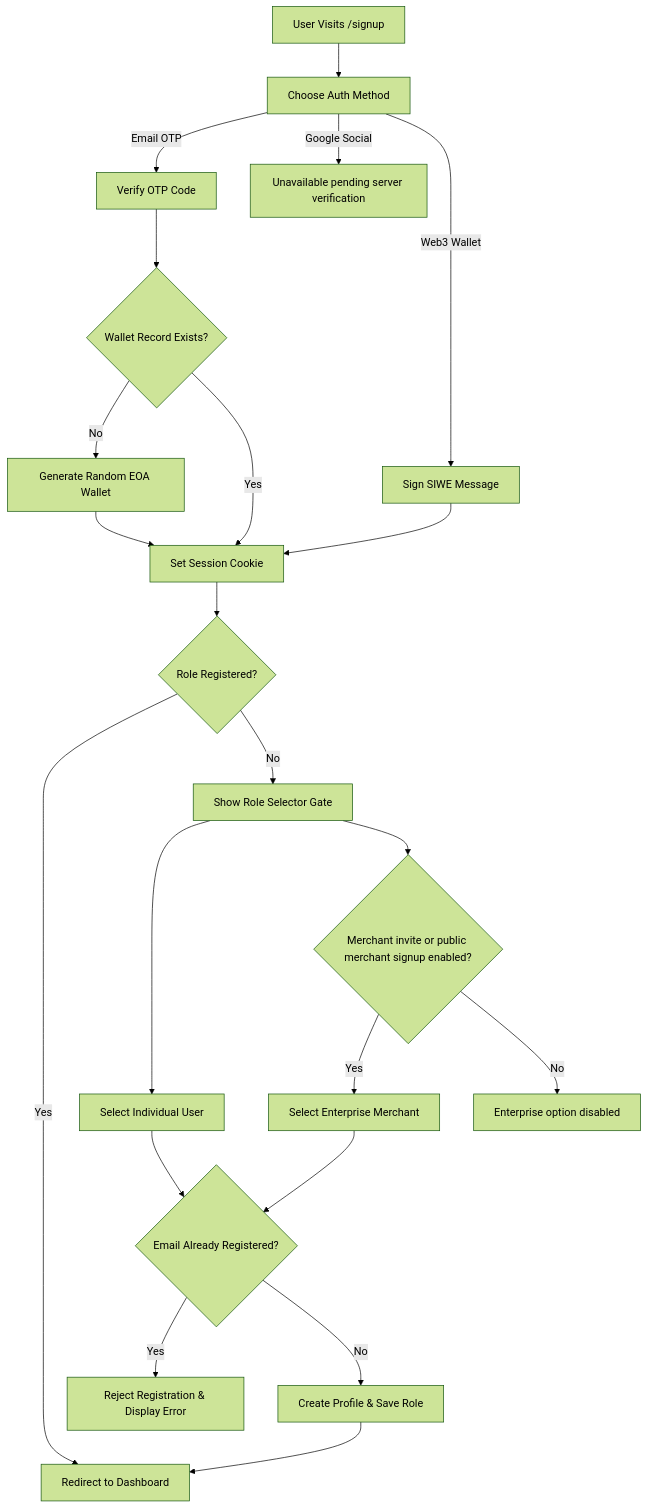
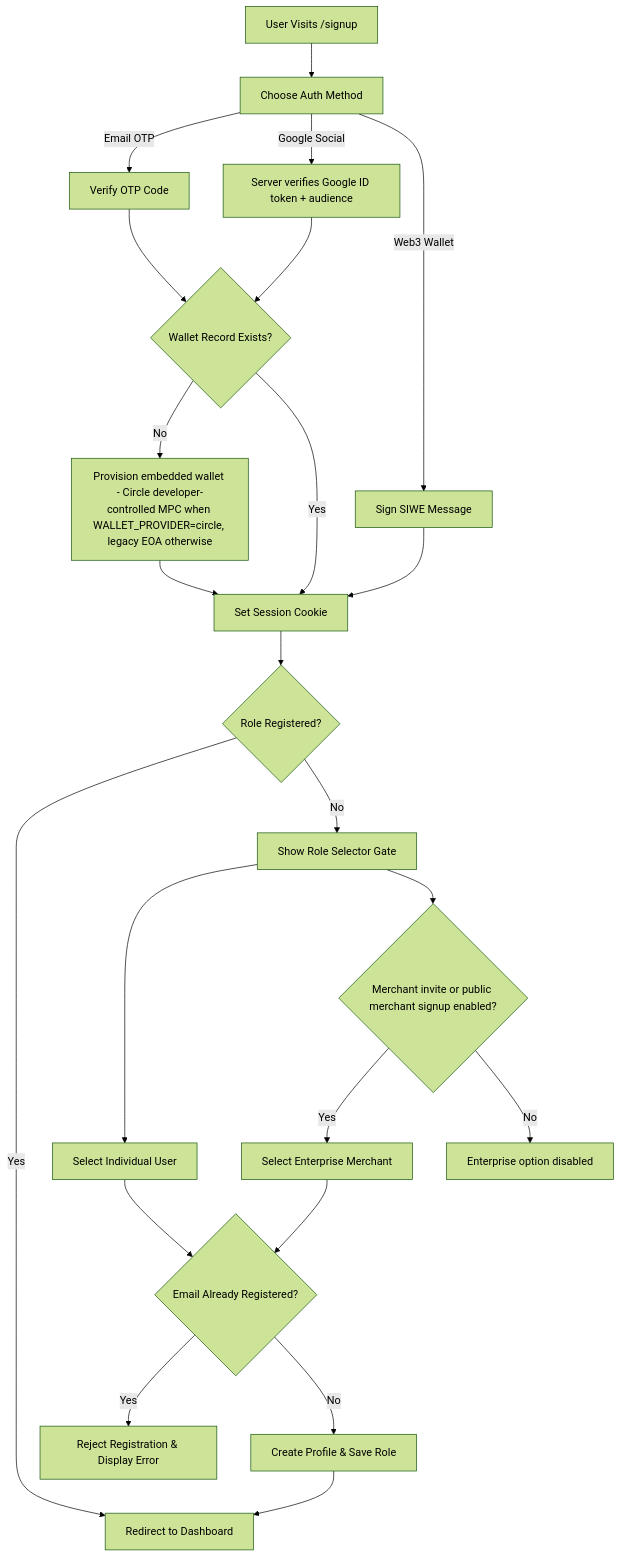
One commit to KristienOWeb3/SubScript changed the diagram in docs/ONBOARDING.md. Above: the diagram before and after it, drawn with Mermaid (forest theme). The commit also changed 17 other files, not shown here.

````diff
--- a/docs/ONBOARDING.md
+++ b/docs/ONBOARDING.md
@@ -45,28 +45,29 @@
 ```mermaid
 graph TD
     Start[User Visits /signup] --> Select[Choose Auth Method]
     Select -->|Email OTP| VerifyOTP[Verify OTP Code]
-    Select -->|Google Social| GooglePaused[Unavailable pending server verification]
+    Select -->|Google Social| VerifyGoogle[Server verifies Google ID token + audience]
     Select -->|Web3 Wallet| SignSIWE[Sign SIWE Message]
     
     VerifyOTP --> checkWallet{Wallet Record Exists?}
-    checkWallet -->|No| CreateWallet[Generate Random EOA Wallet]
+    VerifyGoogle --> checkWallet
+    checkWallet -->|No| CreateWallet[Provision embedded wallet - Circle developer-controlled MPC when WALLET_PROVIDER=circle, legacy EOA otherwise]
     checkWallet -->|Yes| SetSession[Set Session Cookie]
     CreateWallet --> SetSession
     SignSIWE --> SetSession
     
     SetSession --> RoleCheck{Role Registered?}
     RoleCheck -->|Yes| RedirectDash[Redirect to Dashboard]
     RoleCheck -->|No| ShowSelector[Show Role Selector Gate]
     
     ShowSelector --> SelectRole[Select Individual User]
     ShowSelector --> MerchantInvite{Merchant invite or public merchant signup enabled?}
     MerchantInvite -->|Yes| SelectMerchant[Select Enterprise Merchant]
     MerchantInvite -->|No| UserOnly[Enterprise option disabled]
     SelectRole --> CheckEmailConflict{Email Already Registered?}
     SelectMerchant --> CheckEmailConflict
     CheckEmailConflict -->|Yes| ShowError[Reject Registration & Display Error]
     CheckEmailConflict -->|No| RegisterAccount[Create Profile & Save Role]
     
     RegisterAccount --> RedirectDash
 ```
````
